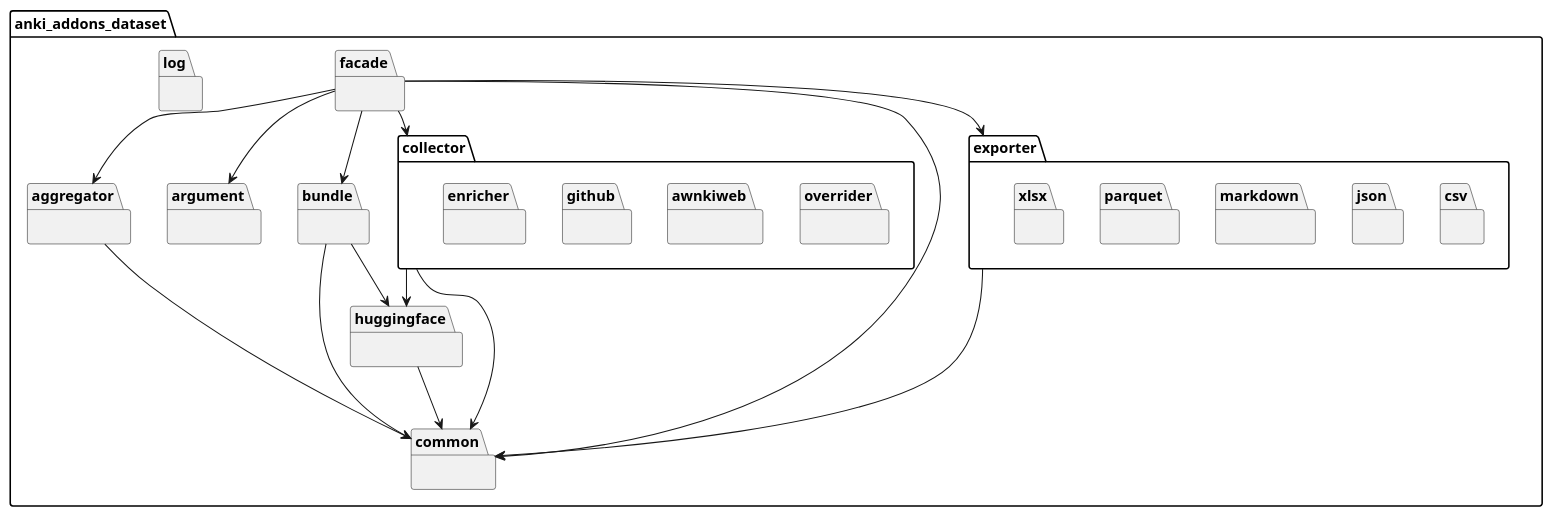
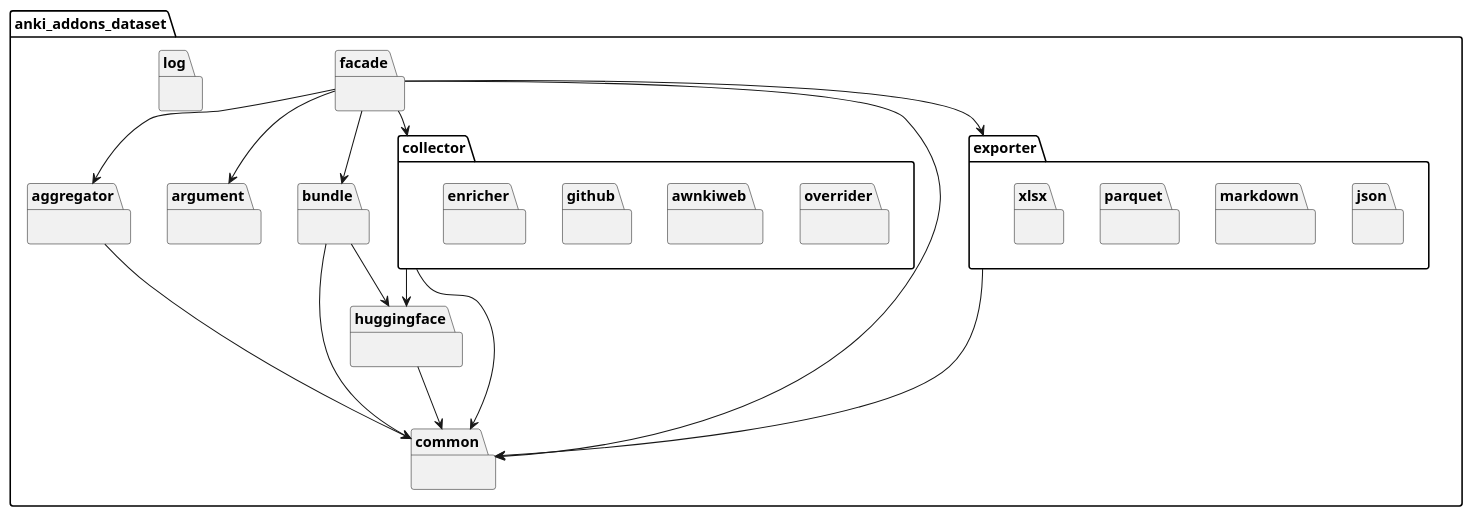
One commit to Aleks-Ya/anki-addons-dataset changed the diagram in doc/uml/package_diagram.puml. Above: the diagram before and after it, drawn with PlantUML. The commit also changed 4 other files, not shown here.

```diff
--- a/doc/uml/package_diagram.puml
+++ b/doc/uml/package_diagram.puml
@@ -1,49 +1,48 @@
 @startuml
 'https://plantuml.com/class-diagram
 hide empty members
 
 package anki_addons_dataset {
     package aggregator {}
     package argument {}
     package bundle {}
     package collector {
         package overrider {}
         package awnkiweb {}
         package github {}
         package enricher {}
     }
     package common {}
     package exporter {
-        package csv {}
         package json {}
         package markdown {}
         package parquet {}
         package xlsx {}
     }
     package facade {}
     package huggingface {}
     package log {}
 }
 
 aggregator --> common
 
 bundle --> common
 bundle --> huggingface
 
 collector --> common
 collector --> huggingface
 
 exporter --> common
 
 facade --> aggregator
 facade --> argument
 facade --> bundle
 facade --> collector
 facade --> common
 facade --> exporter
 
 huggingface --> common
 
 
 
 @enduml
```
